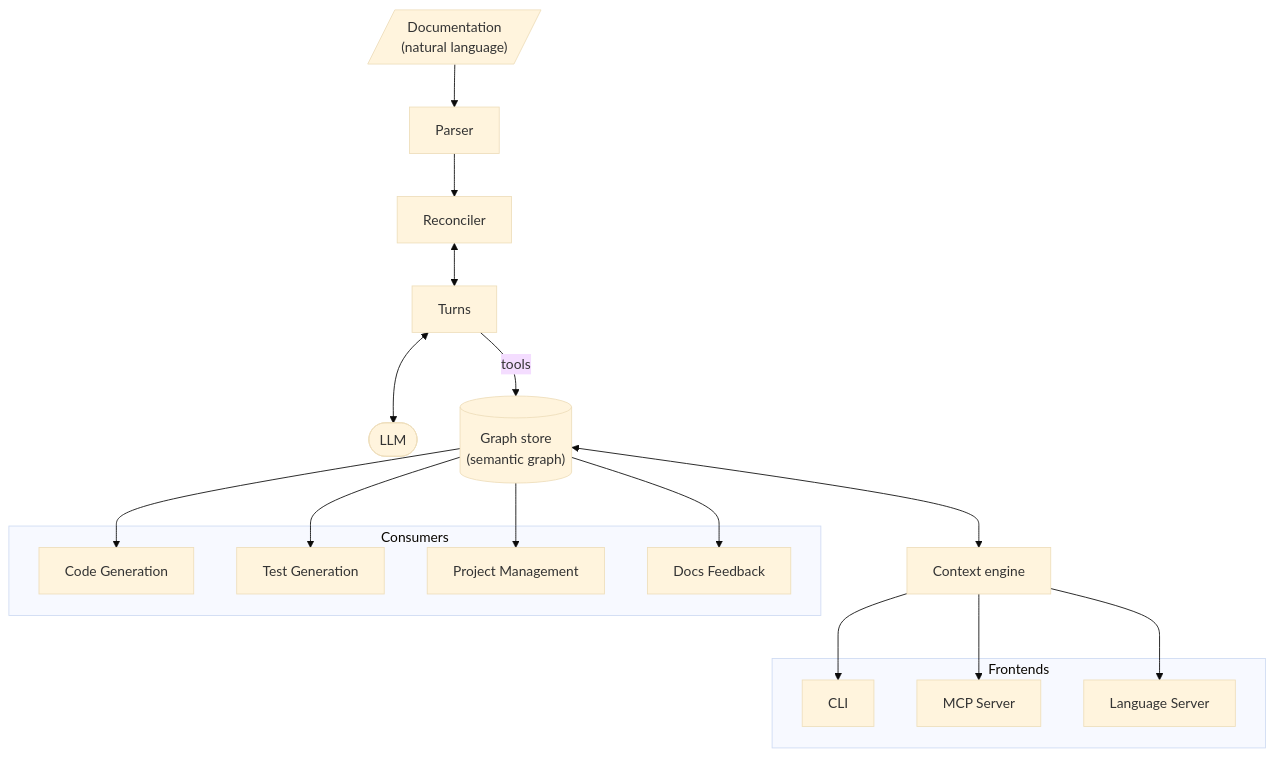
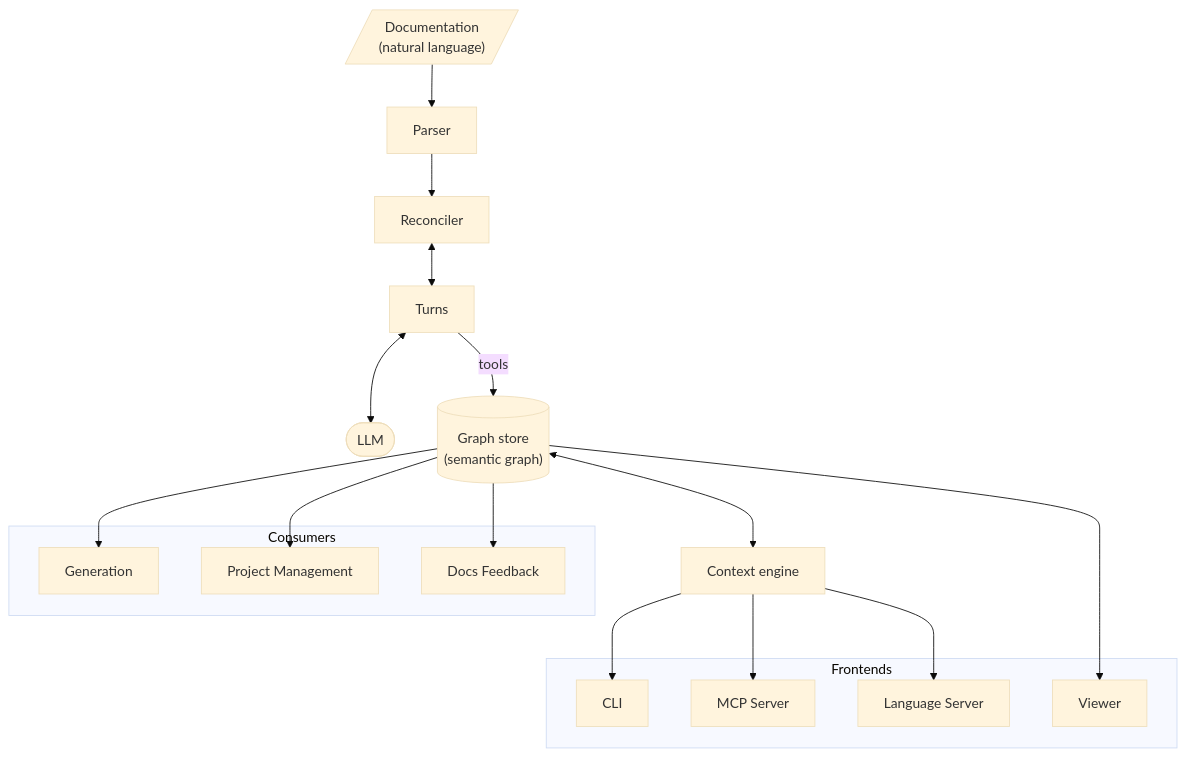
One commit to JazykOrg/Jazyk changed the diagram in docs2/main.md. Above: the diagram before and after it, drawn with Mermaid (base theme). The commit also changed other lines of this file and 14 other files, not shown here.

````diff
--- a/docs2/main.md
+++ b/docs2/main.md
@@ -62,37 +62,37 @@
 ```mermaid
 graph TD;
   Docs[/"Documentation<br/>(natural language)"/];
   Parser["Parser"];
   Reconciler["Reconciler"];
   Turns["Turns"];
   LLM(["LLM"]);
   Store[("Graph store<br/>(semantic graph)")];
   Context["Context engine"];
 
   subgraph Frontends
     CLI[CLI];
     MCP[MCP Server];
     LSP[Language Server];
+    Viewer[Viewer];
   end
 
   subgraph Consumers
-    CodeGen[Code Generation];
-    TestGen[Test Generation];
+    Gen[Generation];
     PM[Project Management];
     DocsFeedback[Docs Feedback];
   end
 
   Docs --> Parser;
   Parser --> Reconciler;
   Reconciler <--> Turns;
   Turns <--> LLM;
   Turns -- "tools" --> Store;
   Store <--> Context;
   Context --> CLI;
   Context --> MCP;
   Context --> LSP;
-  Store --> CodeGen;
-  Store --> TestGen;
+  Store --> Viewer;
+  Store --> Gen;
   Store --> PM;
   Store --> DocsFeedback;
 ```
````
